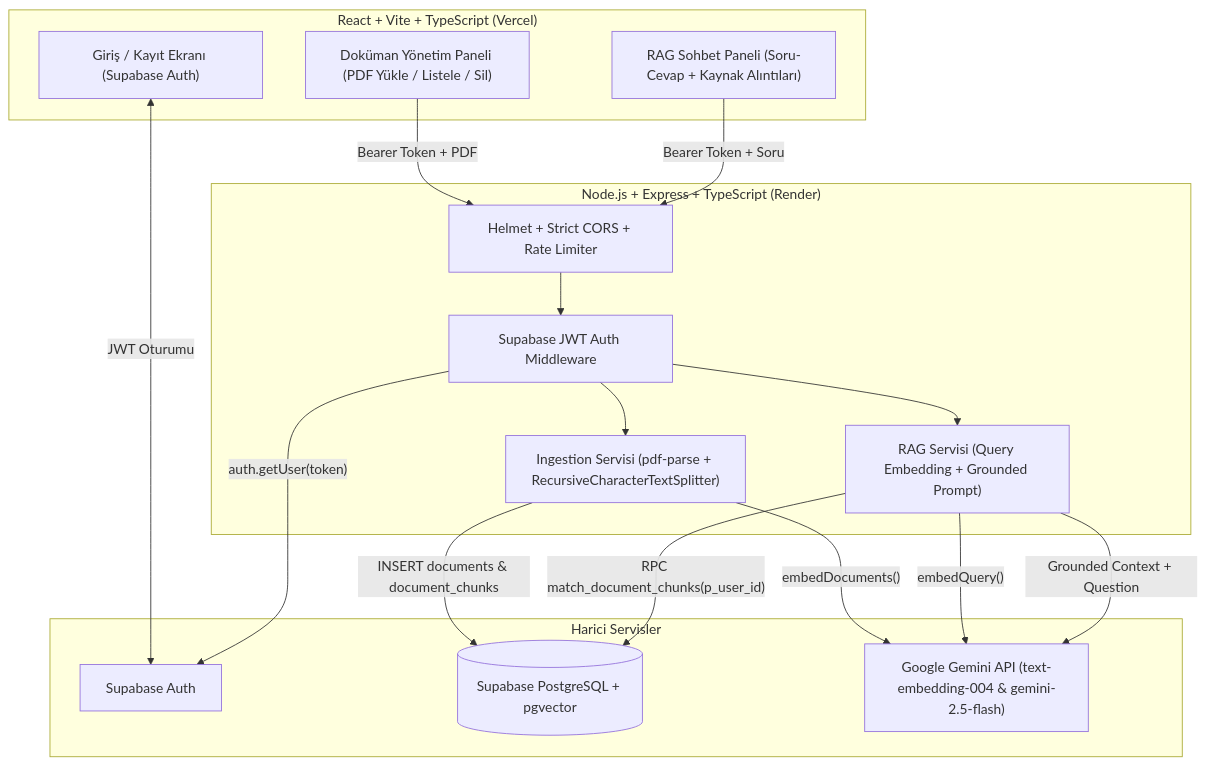
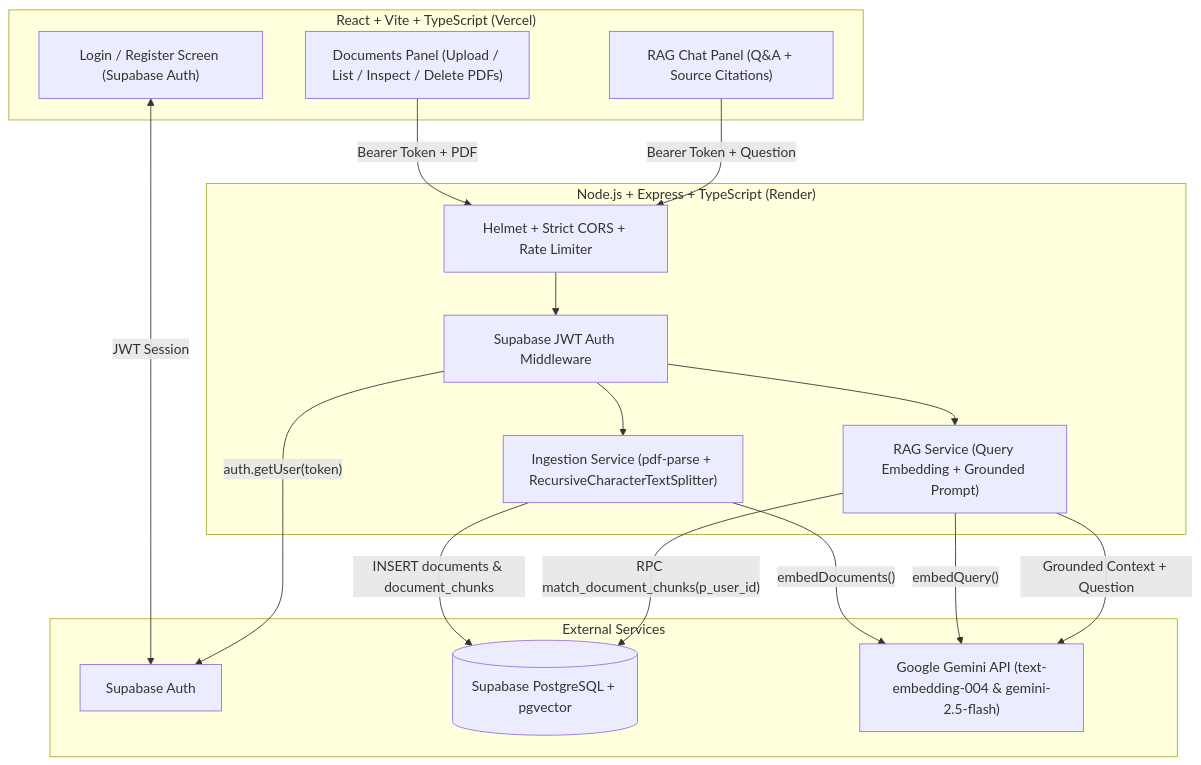
Before and after one commit to bolatbatuhan/Mini-RAG-Assistant: the diagram in README.md, drawn with Mermaid. The commit also changed other lines of this file and 1 other file, not shown here.

````diff
--- a/README.md
+++ b/README.md
@@ -40,34 +42,34 @@
 ```mermaid
 flowchart TD
     subgraph Frontend ["React + Vite + TypeScript (Vercel)"]
-        UI_Auth["Giriş / Kayıt Ekranı (Supabase Auth)"]
-        UI_Docs["Doküman Yönetim Paneli (PDF Yükle / Listele / Sil)"]
-        UI_Chat["RAG Sohbet Paneli (Soru-Cevap + Kaynak Alıntıları)"]
+        UI_Auth["Login / Register Screen (Supabase Auth)"]
+        UI_Docs["Documents Panel (Upload / List / Inspect / Delete PDFs)"]
+        UI_Chat["RAG Chat Panel (Q&A + Source Citations)"]
     end
 
     subgraph Backend ["Node.js + Express + TypeScript (Render)"]
         MW_Security["Helmet + Strict CORS + Rate Limiter"]
         MW_Auth["Supabase JWT Auth Middleware"]
-        Svc_Ingest["Ingestion Servisi (pdf-parse + RecursiveCharacterTextSplitter)"]
-        Svc_RAG["RAG Servisi (Query Embedding + Grounded Prompt)"]
+        Svc_Ingest["Ingestion Service (pdf-parse + RecursiveCharacterTextSplitter)"]
+        Svc_RAG["RAG Service (Query Embedding + Grounded Prompt)"]
     end
 
-    subgraph External ["Harici Servisler"]
+    subgraph External ["External Services"]
         Supa_Auth["Supabase Auth"]
         Supa_DB[("Supabase PostgreSQL + pgvector")]
         Gemini["Google Gemini API (text-embedding-004 & gemini-2.5-flash)"]
     end
 
-    UI_Auth <-->|"JWT Oturumu"| Supa_Auth
+    UI_Auth <-->|"JWT Session"| Supa_Auth
     UI_Docs -->|"Bearer Token + PDF"| MW_Security
-    UI_Chat -->|"Bearer Token + Soru"| MW_Security
+    UI_Chat -->|"Bearer Token + Question"| MW_Security
     MW_Security --> MW_Auth
     MW_Auth -->|"auth.getUser(token)"| Supa_Auth
     MW_Auth --> Svc_Ingest
     MW_Auth --> Svc_RAG
     Svc_Ingest -->|"embedDocuments()"| Gemini
     Svc_Ingest -->|"INSERT documents & document_chunks"| Supa_DB
     Svc_RAG -->|"embedQuery()"| Gemini
     Svc_RAG -->|"RPC match_document_chunks(p_user_id)"| Supa_DB
     Svc_RAG -->|"Grounded Context + Question"| Gemini
 ```
````
